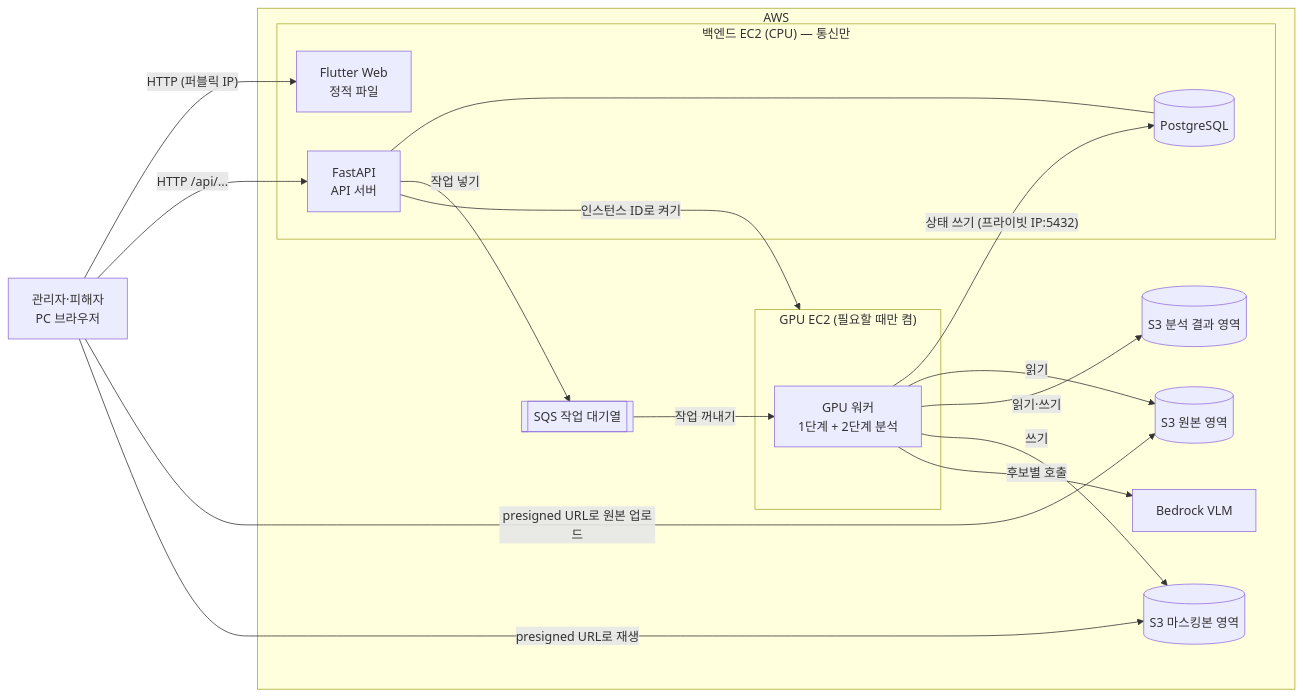
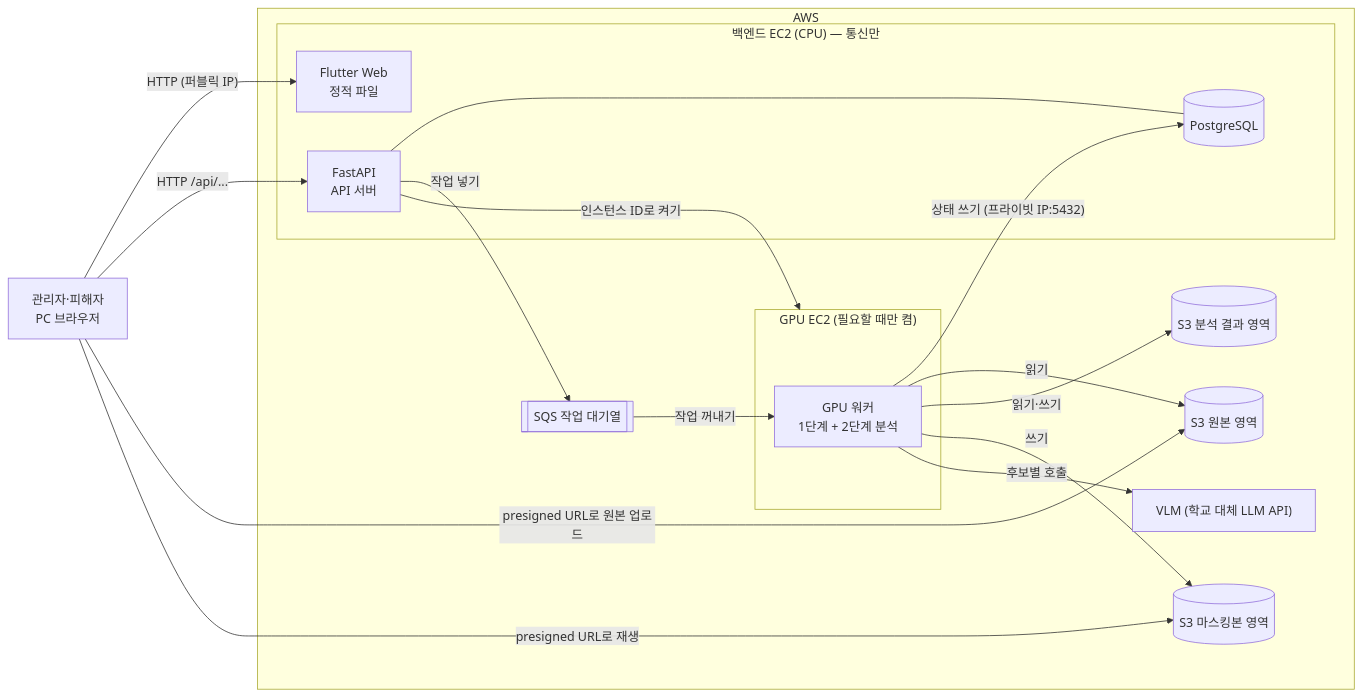
The diagram in docs/design/02-architecture.md (lG1l/parking_lot_detection), drawn with Mermaid before and after one commit. The commit also changed other lines of this file and 7 other files, not shown here.

````diff
--- a/docs/design/02-architecture.md
+++ b/docs/design/02-architecture.md
@@ -41,34 +41,34 @@
 ```mermaid
 flowchart LR
   USER["관리자·피해자<br/>PC 브라우저"]
 
   subgraph AWS
     subgraph BE["백엔드 EC2 (CPU) — 통신만"]
       WEB["Flutter Web<br/>정적 파일"]
       API["FastAPI<br/>API 서버"]
       DB[("PostgreSQL")]
     end
     Q[["SQS 작업 대기열"]]
     subgraph GPUBOX["GPU EC2 (필요할 때만 켬)"]
       WORKER["GPU 워커<br/>1단계 + 2단계 분석"]
     end
     S3O[("S3 원본 영역")]
     S3M[("S3 마스킹본 영역")]
     S3A[("S3 분석 결과 영역")]
-    BR["Bedrock VLM"]
+    BR["VLM (학교 대체 LLM API)"]
   end
 
   USER -->|"HTTP (퍼블릭 IP)"| WEB
   USER -->|"HTTP /api/..."| API
   USER -->|"presigned URL로 원본 업로드"| S3O
   USER -->|"presigned URL로 재생"| S3M
   API --- DB
   API -->|"작업 넣기"| Q
   API -->|"인스턴스 ID로 켜기"| GPUBOX
   Q -->|"작업 꺼내기"| WORKER
   WORKER -->|"상태 쓰기 (프라이빗 IP:5432)"| DB
   WORKER -->|"읽기"| S3O
   WORKER -->|"읽기·쓰기"| S3A
   WORKER -->|"쓰기"| S3M
   WORKER -->|"후보별 호출"| BR
 ```
````
